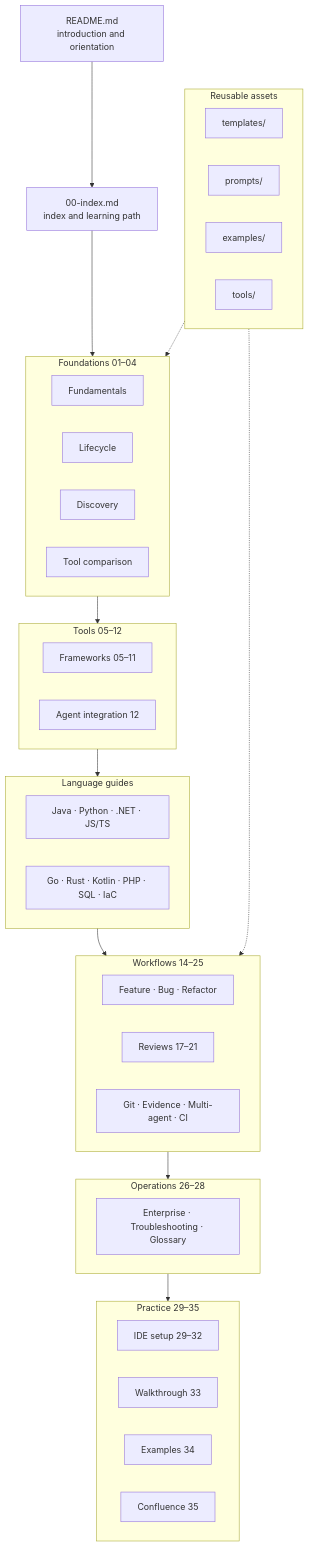
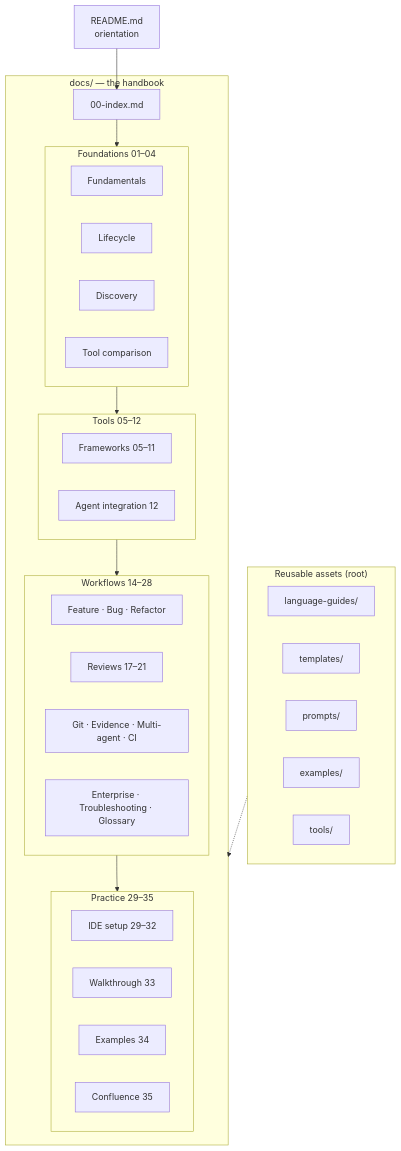
Before and after one commit to metodiev/Spec-Driven-Development-SDD: diagram 27 of 27 in README.md, drawn with Mermaid. The commit also changed other lines of this file and 64 other files, not shown here.

````diff
--- a/README.md
+++ b/README.md
@@ -916,43 +917,39 @@
 ```mermaid
 flowchart TD
-    ROOT["README.md<br/>introduction and orientation"]
-    IDX["00-index.md<br/>index and learning path"]
-    subgraph Core["Foundations 01–04"]
-        C1["Fundamentals"]
-        C2["Lifecycle"]
-        C3["Discovery"]
-        C4["Tool comparison"]
+    ROOT["README.md<br/>orientation"]
+    subgraph Docs["docs/ — the handbook"]
+        IDX["00-index.md"]
+        subgraph Core["Foundations 01–04"]
+            C1["Fundamentals"] 
+            C2["Lifecycle"]
+            C3["Discovery"]
+            C4["Tool comparison"]
+        end
+        subgraph Tools["Tools 05–12"]
+            T1["Frameworks 05–11"]
+            T2["Agent integration 12"]
+        end
+        subgraph Flow["Workflows 14–28"]
+            W1["Feature · Bug · Refactor"]
+            W2["Reviews 17–21"]
+            W3["Git · Evidence · Multi-agent · CI"]
+            W4["Enterprise · Troubleshooting · Glossary"]
+        end
+        subgraph Practice["Practice 29–35"]
+            P1["IDE setup 29–32"]
+            P2["Walkthrough 33"]
+            P3["Examples 34"]
+            P4["Confluence 35"]
+        end
     end
-    subgraph Tools["Tools 05–12"]
-        T1["Frameworks 05–11"]
-        T2["Agent integration 12"]
-    end
-    subgraph Lang["Language guides"]
-        L1["Java · Python · .NET · JS/TS"]
-        L2["Go · Rust · Kotlin · PHP · SQL · IaC"]
-    end
-    subgraph Flow["Workflows 14–25"]
-        W1["Feature · Bug · Refactor"]
-        W2["Reviews 17–21"]
-        W3["Git · Evidence · Multi-agent · CI"]
-    end
-    subgraph Ops["Operations 26–28"]
-        O1["Enterprise · Troubleshooting · Glossary"]
-    end
-    subgraph Practice["Practice 29–35"]
-        P1["IDE setup 29–32"]
-        P2["Walkthrough 33"]
-        P3["Examples 34"]
-        P4["Confluence 35"]
-    end
-    subgraph Assets["Reusable assets"]
-        A1["templates/"]
-        A2["prompts/"]
-        A3["examples/"]
-        A4["tools/"]
+    subgraph Assets["Reusable assets (root)"]
+        A1["language-guides/"]
+        A2["templates/"]
+        A3["prompts/"]
+        A4["examples/"]
+        A5["tools/"]
     end
     ROOT --> IDX
-    IDX --> Core --> Tools --> Lang --> Flow --> Ops --> Practice
-    Assets -.-> Core
-    Assets -.-> Flow
+    IDX --> Core --> Tools --> Flow --> Practice
+    Assets -.-> Docs
 ```
````
